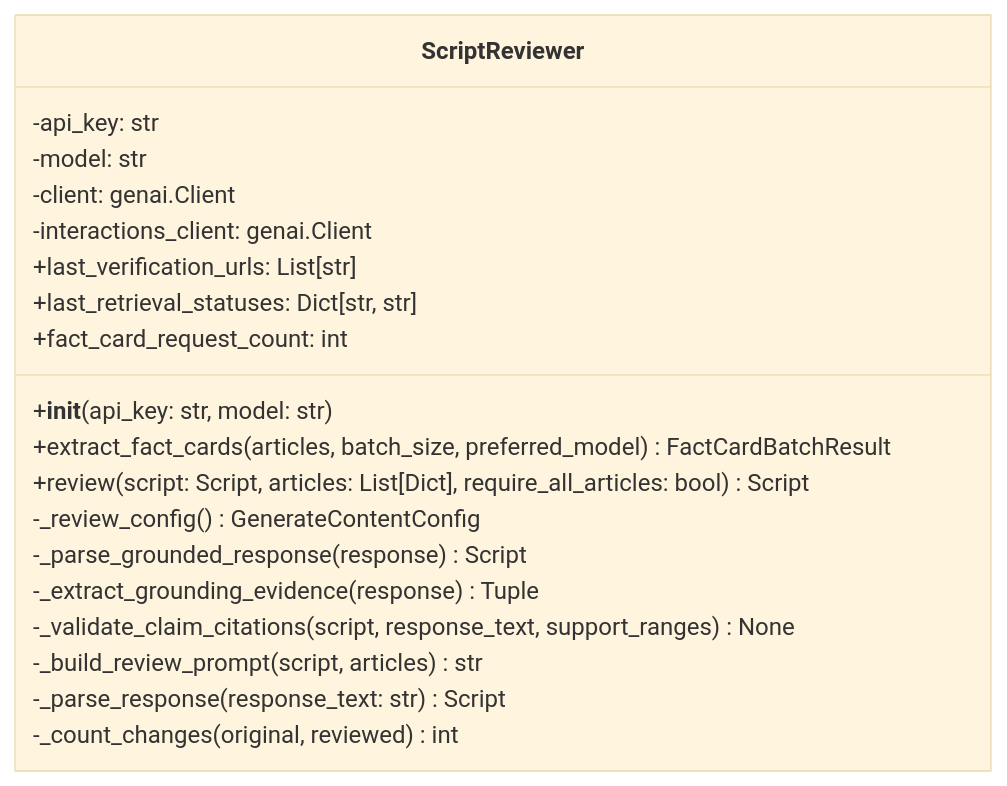
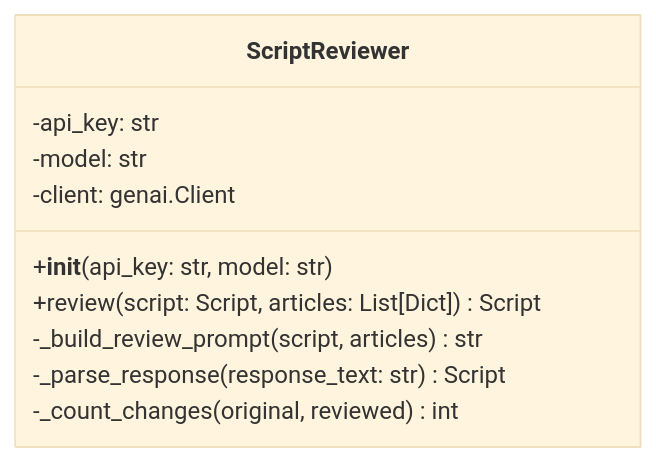
The third of 8 diagrams in docs/LLD.md (necoha/auto-podcast), drawn with Mermaid (base theme) before and after one commit. The commit also changed other lines of this file and 25 other files, not shown here.

Commit message:
Restore pre-URL Context flow with configurable Gemini models

````diff
--- a/docs/LLD.md
+++ b/docs/LLD.md
@@ -207,22 +198,13 @@
 ```mermaid
 classDiagram
     class ScriptReviewer {
         -api_key: str
         -model: str
         -client: genai.Client
-        -interactions_client: genai.Client
-        +last_verification_urls: List[str]
-        +last_retrieval_statuses: Dict[str, str]
-        +fact_card_request_count: int
         +__init__(api_key: str, model: str)
-        +extract_fact_cards(articles, batch_size, preferred_model) FactCardBatchResult
-        +review(script: Script, articles: List[Dict], require_all_articles: bool) Script
-        -_review_config() GenerateContentConfig
-        -_parse_grounded_response(response) Script
-        -_extract_grounding_evidence(response) Tuple
-        -_validate_claim_citations(script, response_text, support_ranges) None
+        +review(script: Script, articles: List[Dict]) Script
         -_build_review_prompt(script, articles) str
         -_parse_response(response_text: str) Script
         -_count_changes(original, reviewed) int
     }
 ```
````
